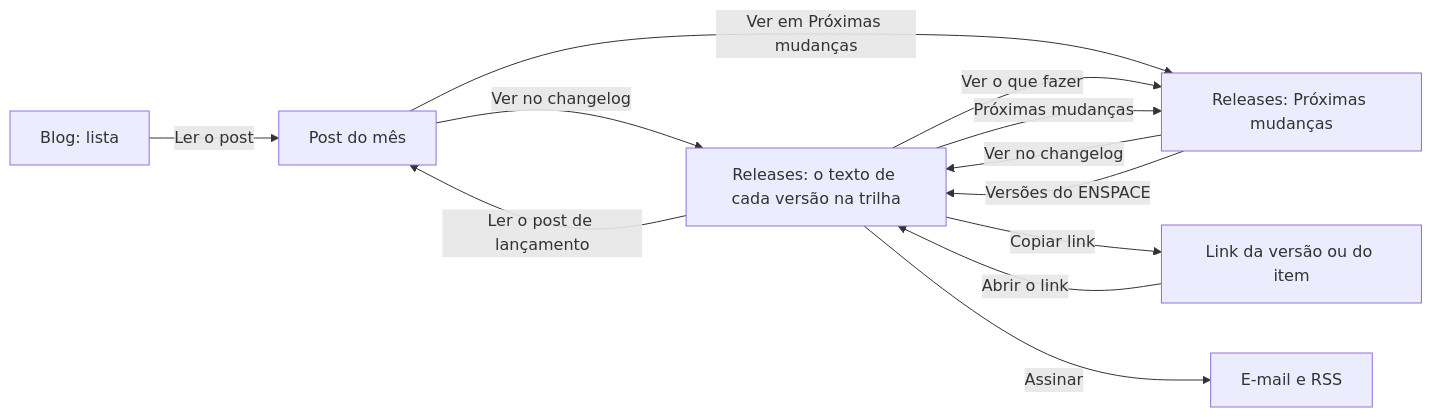
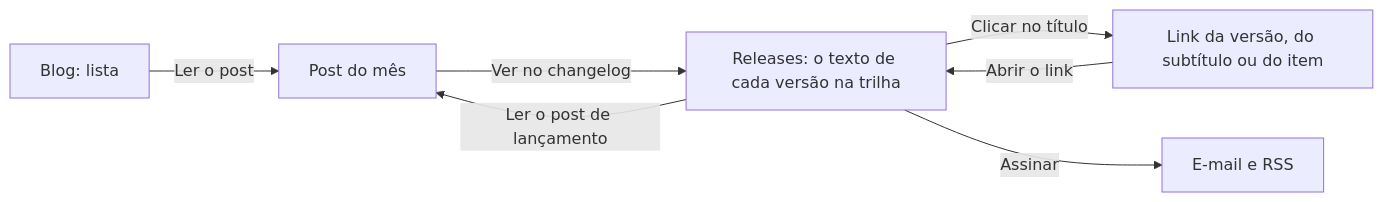
The diagram in app/pages/releases-no-docs/DECISOES.md (pernalombr4/prototipos), drawn with Mermaid before and after one commit. The commit also changed other lines of this file and 16 other files, not shown here.

Commit message:
[PROTO] releases-no-docs — rodada 5 — texto da versão fechado por padrão (UCollapsible), sem filtros, título e subtítulos copiam o link, sem a página Próximas mudanças

````diff
--- a/app/pages/releases-no-docs/DECISOES.md
+++ b/app/pages/releases-no-docs/DECISOES.md
@@ -20,14 +23,9 @@
 ```mermaid
 flowchart LR
   B[Blog: lista] -->|Ler o post| P[Post do mês]
   P -->|Ver no changelog| C[Releases: o texto de cada versão na trilha]
-  P -->|Ver em Próximas mudanças| M[Releases: Próximas mudanças]
   C -->|Ler o post de lançamento| P
-  C -->|Ver o que fazer| M
-  C -->|Próximas mudanças| M
-  M -->|Ver no changelog| C
-  M -->|Versões do ENSPACE| C
-  C -->|Copiar link| L[Link da versão ou do item]
+  C -->|Clicar no título| L[Link da versão, do subtítulo ou do item]
   L -->|Abrir o link| C
   C -->|Assinar| A[E-mail e RSS]
 ```
````
